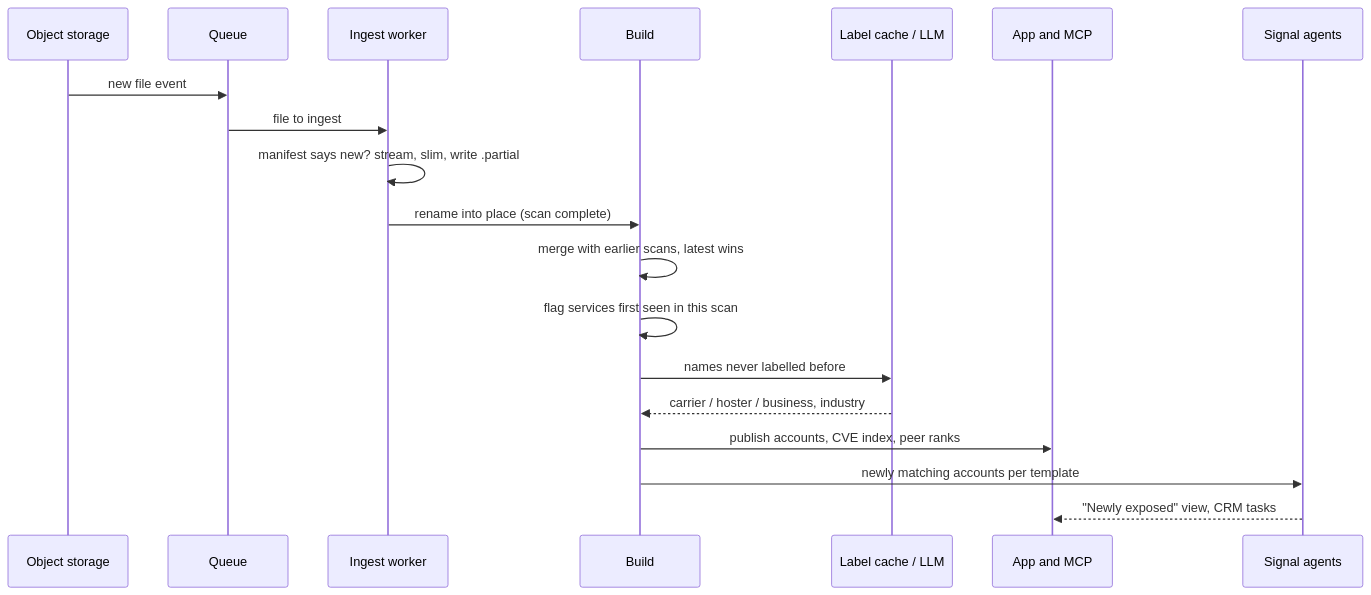
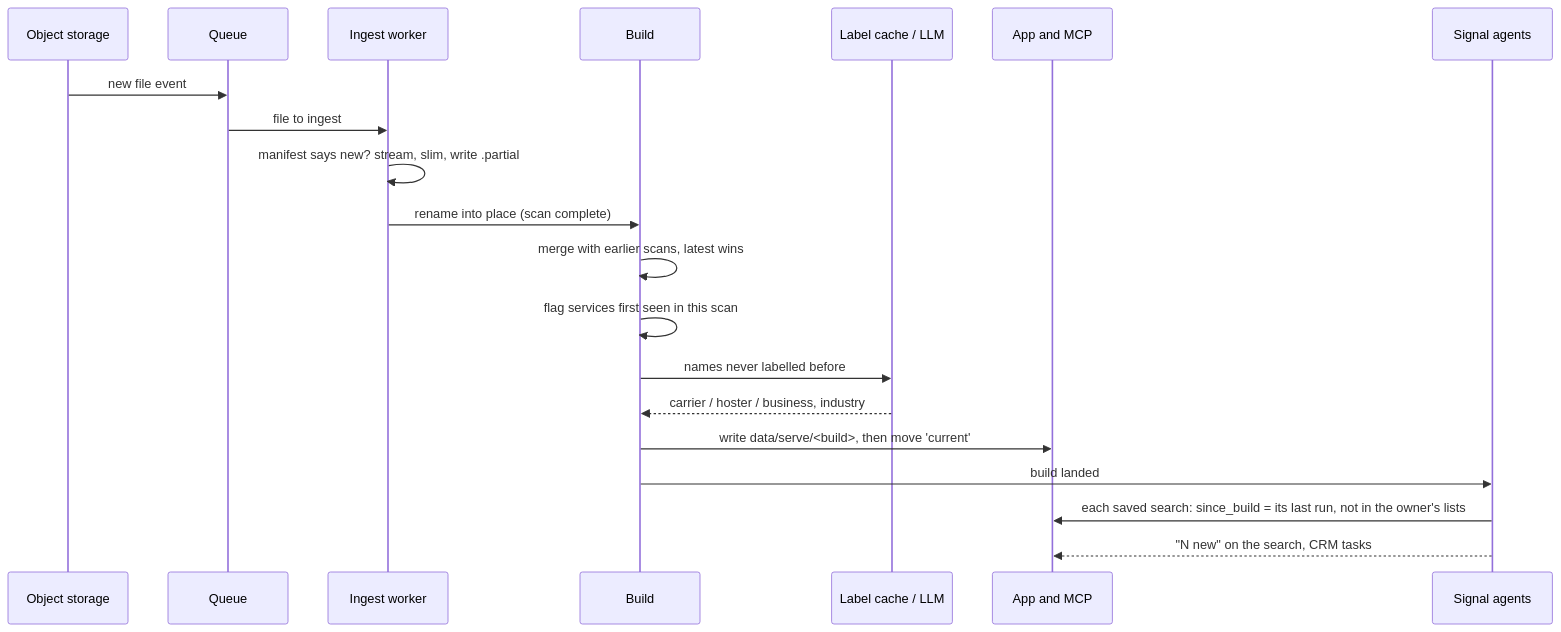
Before and after one commit to SahilChoudhary22/recon-sales-intelligence: the third of 5 diagrams in docs/architecture.md, drawn with Mermaid. The commit also changed other lines of this file and 38 other files, not shown here.

First line of the commit message:
Read API over a versioned serving store; multi-select, lists, saved searches

````diff
--- a/docs/architecture.md
+++ b/docs/architecture.md
@@ -86,21 +92,22 @@
 ```mermaid
 sequenceDiagram
   participant Store as Object storage
   participant Q as Queue
   participant W as Ingest worker
   participant B as Build
   participant L as Label cache / LLM
   participant A as App and MCP
   participant S as Signal agents
   Store->>Q: new file event
   Q->>W: file to ingest
   W->>W: manifest says new? stream, slim, write .partial
   W->>B: rename into place (scan complete)
   B->>B: merge with earlier scans, latest wins
   B->>B: flag services first seen in this scan
   B->>L: names never labelled before
   L-->>B: carrier / hoster / business, industry
-  B->>A: publish accounts, CVE index, peer ranks
-  B->>S: newly matching accounts per template
-  S-->>A: "Newly exposed" view, CRM tasks
+  B->>A: write data/serve/<build>, then move 'current'
+  B->>S: build landed
+  S->>A: each saved search: since_build = its last run, not in the owner's lists
+  S-->>A: "N new" on the search, CRM tasks
 ```
````
